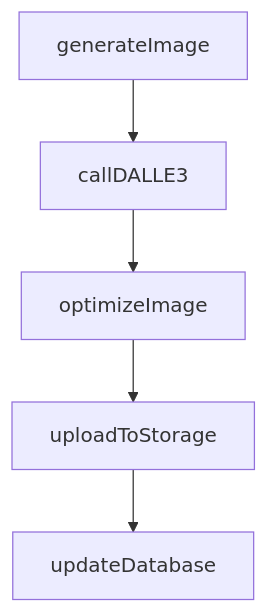
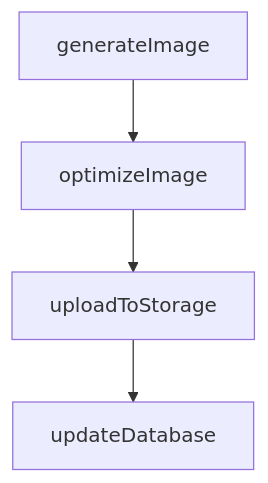
One commit to triggerdotdev/trigger.dev changed the first of 4 diagrams in docs/guides/use-cases/media-generation.mdx. Above: the diagram before and after it, drawn with Mermaid. The commit also changed other lines of this file and 4 other files, not shown here.

Commit message:
More copy + diagram updates

````diff
--- a/docs/guides/use-cases/media-generation.mdx
+++ b/docs/guides/use-cases/media-generation.mdx
@@ -51,7 +72,6 @@
 ```mermaid
 graph TB
-    A[generateImage] --> B[callDALLE3]
-    B --> C[optimizeImage]
-    C --> D[uploadToStorage]
-    D --> E[updateDatabase]
+    A[generateImage] --> B[optimizeImage]
+    B --> C[uploadToStorage]
+    C --> D[updateDatabase]
 ```
````
